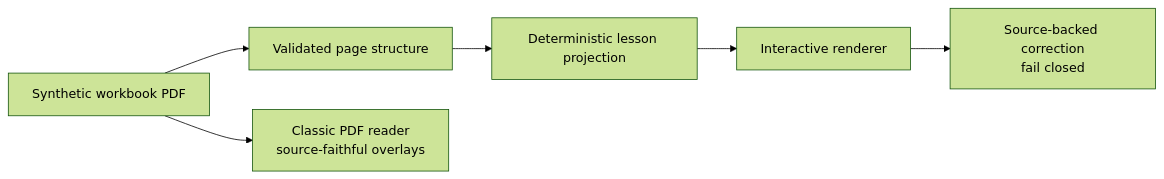
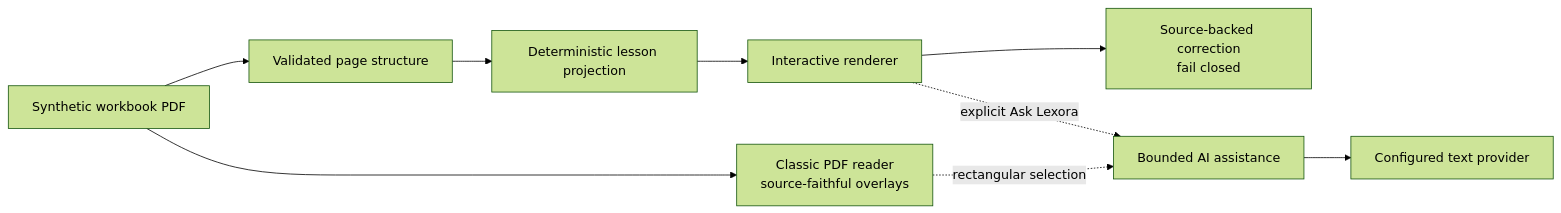
One commit to darroyo083/Lexora changed the diagram in README.md. Above: the diagram before and after it, drawn with Mermaid (forest theme). The commit also changed other lines of this file and 8 other files, not shown here.

````diff
--- a/README.md
+++ b/README.md
@@ -39,8 +57,11 @@
 ```mermaid
 flowchart LR
     Page[Synthetic workbook PDF] --> Structure[Validated page structure]
     Structure --> Projection[Deterministic lesson projection]
     Projection --> Interactive[Interactive renderer]
     Interactive --> Correction[Source-backed correction<br/>fail closed]
     Page --> Classic[Classic PDF reader<br/>source-faithful overlays]
+    Interactive -. explicit Ask Lexora .-> Assist[Bounded AI assistance]
+    Classic -. rectangular selection .-> Assist
+    Assist --> Provider[Configured text provider]
 ```
````
